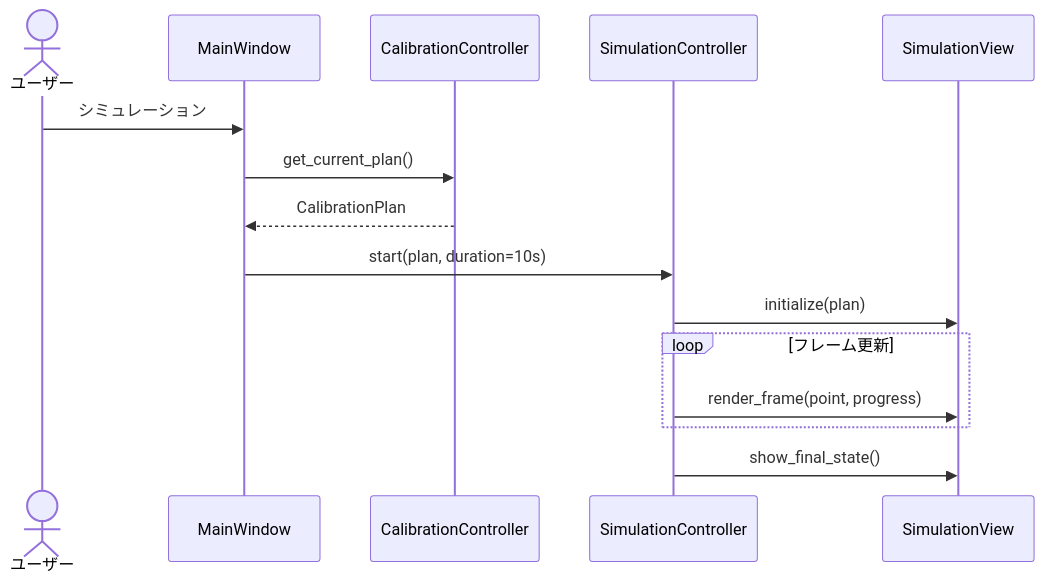
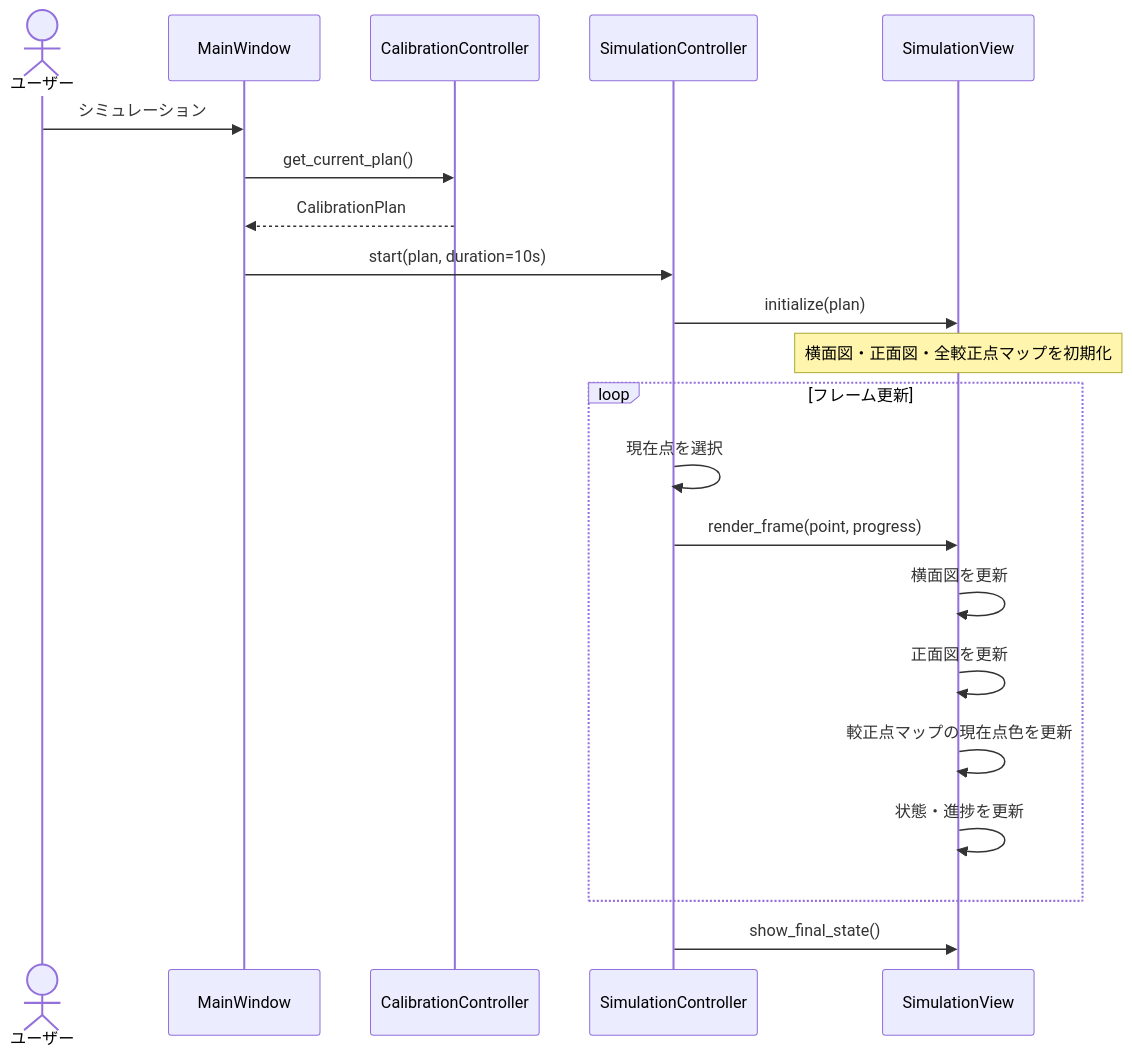
Before and after one commit to Pakfat50/FiveHolePitotTubeCalibration: the sixth of 12 diagrams in docs/architecture_design.md, drawn with Mermaid. The commit also changed other lines of this file, not shown here.

````diff
--- a/docs/architecture_design.md
+++ b/docs/architecture_design.md
@@ -178,17 +178,23 @@
 ```mermaid
 sequenceDiagram
     actor User as ユーザー
     participant MainWindow
     participant Controller as CalibrationController
     participant SimController as SimulationController
     participant SimView as SimulationView
     User->>MainWindow: シミュレーション
     MainWindow->>Controller: get_current_plan()
     Controller-->>MainWindow: CalibrationPlan
     MainWindow->>SimController: start(plan, duration=10s)
     SimController->>SimView: initialize(plan)
+    Note over SimView: 横面図・正面図・全較正点マップを初期化
     loop フレーム更新
+        SimController->>SimController: 現在点を選択
         SimController->>SimView: render_frame(point, progress)
+        SimView->>SimView: 横面図を更新
+        SimView->>SimView: 正面図を更新
+        SimView->>SimView: 較正点マップの現在点色を更新
+        SimView->>SimView: 状態・進捗を更新
     end
     SimController->>SimView: show_final_state()
 ```
````
